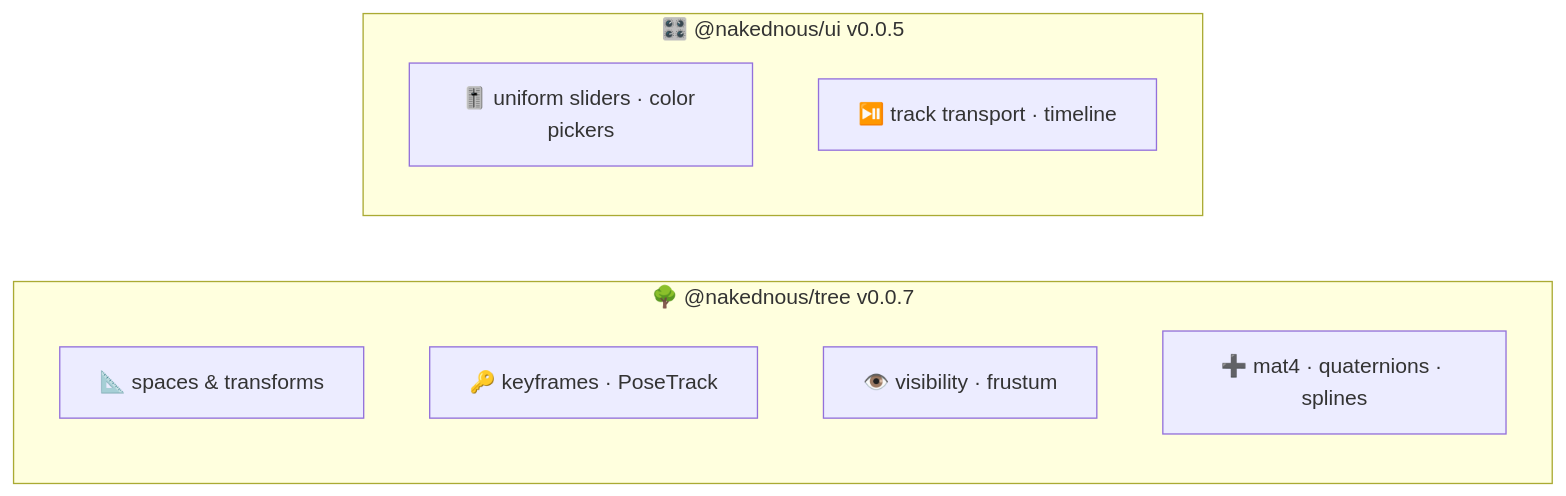
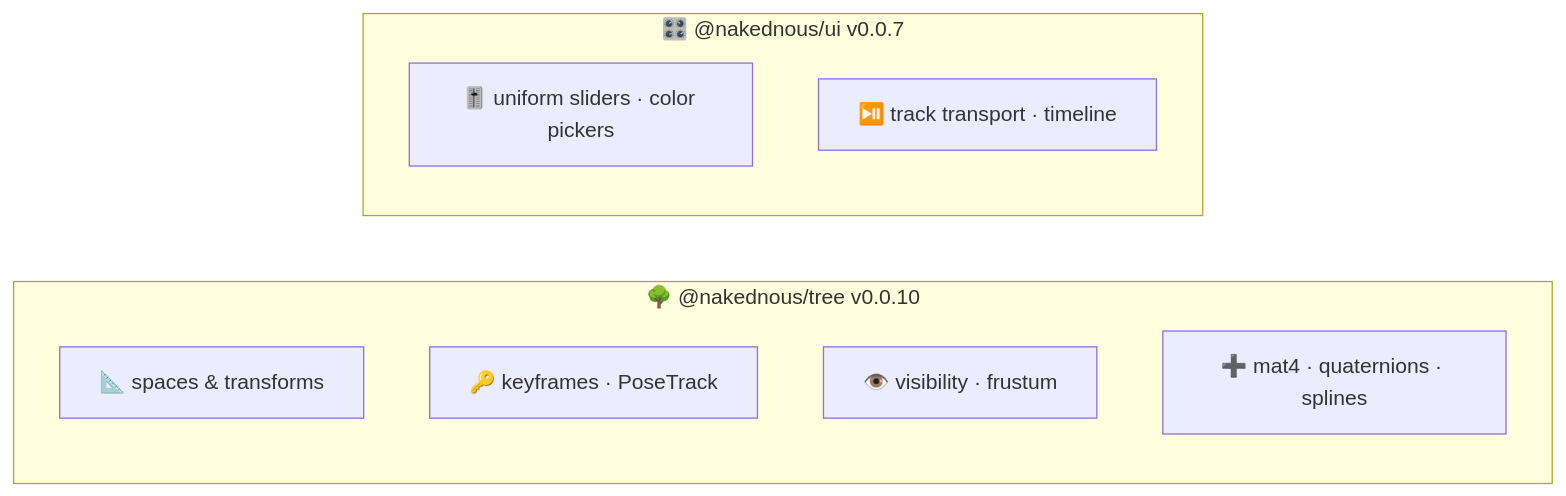
One commit to ABJ-d/tree changed the second of 8 diagrams in slides.md. Above: the diagram before and after it, drawn with Mermaid. The commit also changed other lines of this file and 1 other file, not shown here.

Commit message:
p5.tree 0.0.29 update

````diff
--- a/slides.md
+++ b/slides.md
@@ -74,14 +74,14 @@
 ```mermaid
 flowchart LR
-  subgraph T["🌳 @nakednous/tree v0.0.7"]
+  subgraph T["🌳 @nakednous/tree v0.0.10"]
     t1["📐 spaces & transforms"]
     t2["🔑 keyframes · PoseTrack"]
     t3["👁️ visibility · frustum"]
     t4["➕ mat4 · quaternions · splines"]
   end
 
-  subgraph U["🎛️ @nakednous/ui v0.0.5"]
+  subgraph U["🎛️ @nakednous/ui v0.0.7"]
     u1["🎚️ uniform sliders · color pickers"]
     u2["⏯️ track transport · timeline"]
   end
 ```
````
